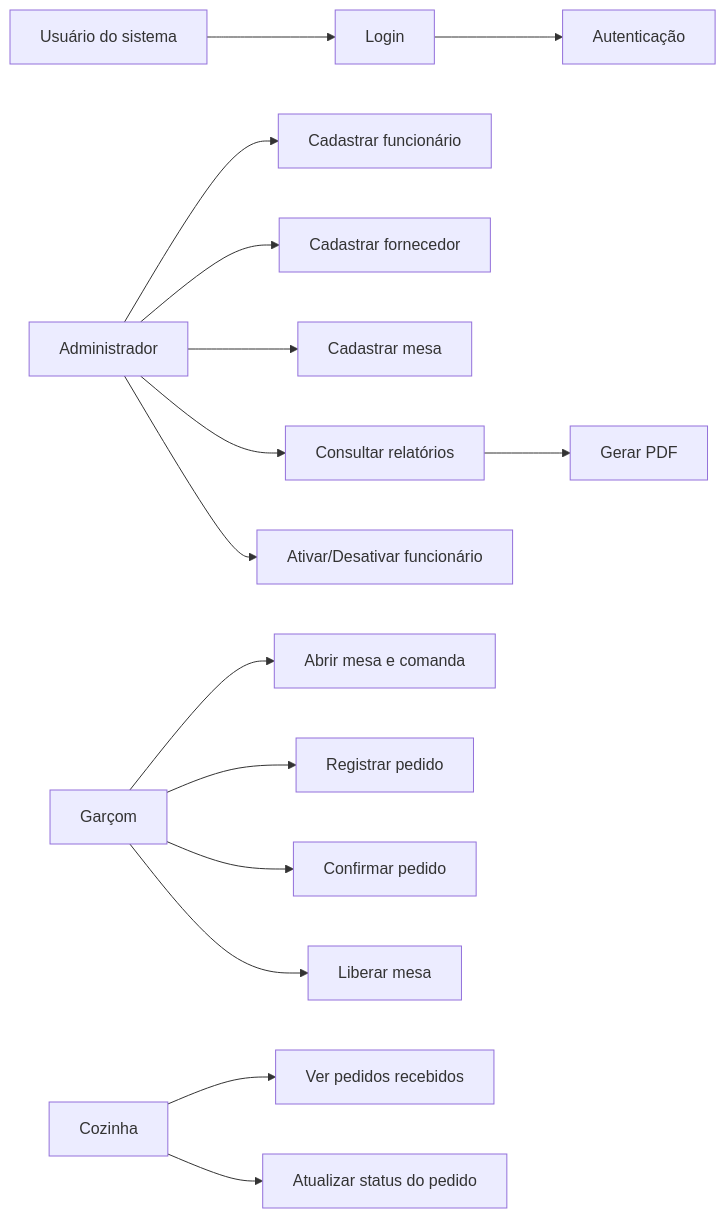
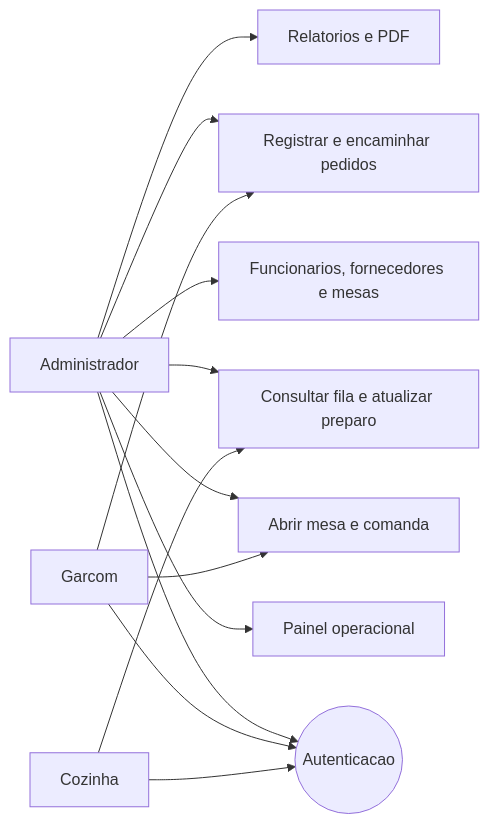
Before and after one commit to FelpsAfonsoJS/DonCabron: the second of 9 diagrams in README.md, drawn with Mermaid. The commit also changed other lines of this file and 29 other files, not shown here.

````diff
--- a/README.md
+++ b/README.md
@@ -217,26 +188,26 @@
 ```mermaid
 flowchart LR
-    Usuario[Usuário do sistema]
     Admin[Administrador]
-    Garcom[Garçom]
+    Garcom[Garcom]
     Cozinha[Cozinha]
+    Login((Autenticacao))
+    Painel[Painel operacional]
+    Cadastros[Funcionarios, fornecedores e mesas]
+    Relatorios[Relatorios e PDF]
+    Atendimento[Abrir mesa e comanda]
+    Pedido[Registrar e encaminhar pedidos]
+    Produzir[Consultar fila e atualizar preparo]
 
-    Usuario --> Login[Login]
-    Login --> Autenticacao[Autenticação]
-
-    Admin --> CadastroUsuario[Cadastrar funcionário]
-    Admin --> CadastroFornecedor[Cadastrar fornecedor]
-    Admin --> CadastroMesa[Cadastrar mesa]
-    Admin --> Relatorios[Consultar relatórios]
-    Admin --> AtivarFuncionario[Ativar/Desativar funcionário]
-
-    Garcom --> AbrirMesa[Abrir mesa e comanda]
-    Garcom --> FazerPedido[Registrar pedido]
-    Garcom --> ConfirmarPedido[Confirmar pedido]
-    Garcom --> LiberarMesa[Liberar mesa]
-
-    Cozinha --> VisualizarPedidos[Ver pedidos recebidos]
-    Cozinha --> AtualizarStatus[Atualizar status do pedido]
-
-    Relatorios --> ExportarPDF[Gerar PDF]
+    Admin --> Login
+    Garcom --> Login
+    Cozinha --> Login
+    Admin --> Painel
+    Admin --> Cadastros
+    Admin --> Relatorios
+    Admin --> Atendimento
+    Admin --> Pedido
+    Admin --> Produzir
+    Garcom --> Atendimento
+    Garcom --> Pedido
+    Cozinha --> Produzir
 ```
````
